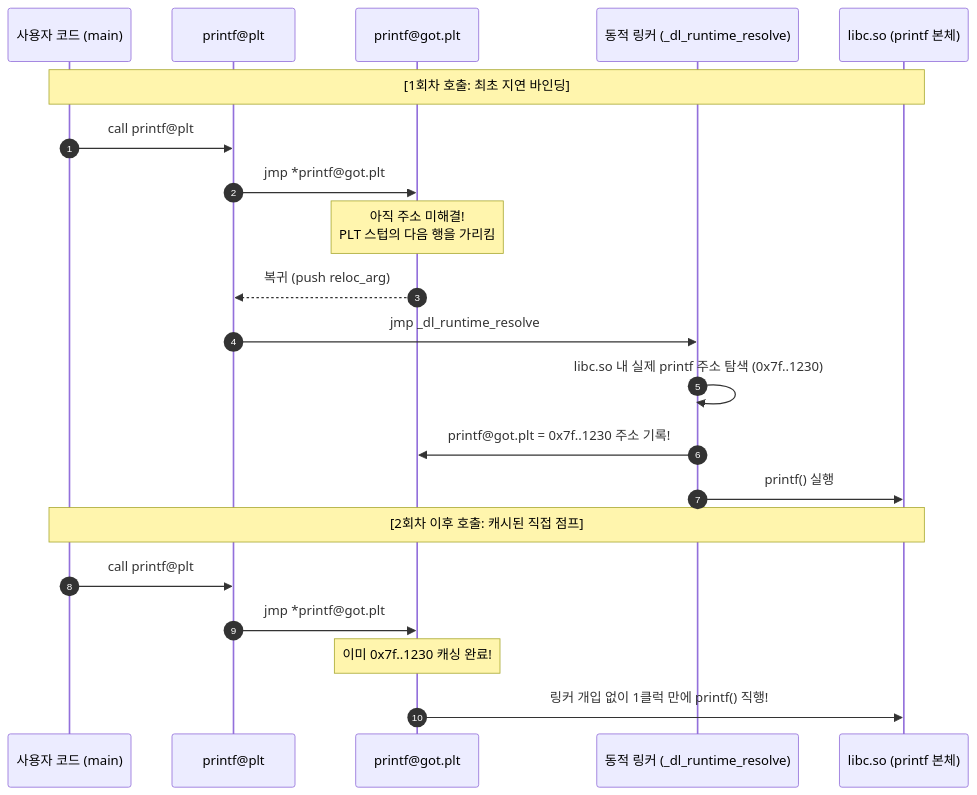
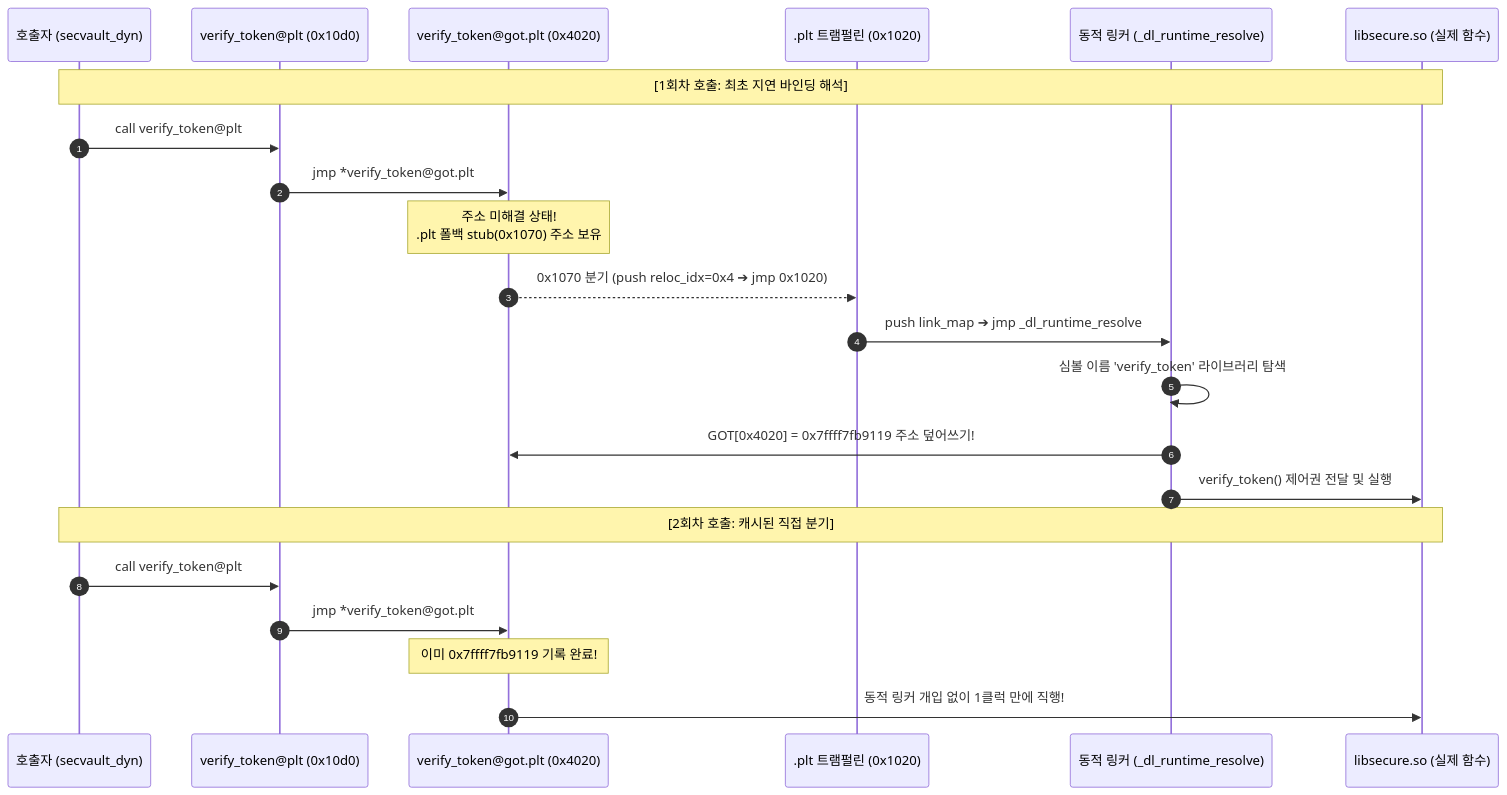
The diagram in docs/ko/principles/09-dynamic-linking-and-loading.md (auking45/linux-kernel-hardening-lab), drawn with Mermaid before and after one commit. The commit also changed other lines of this file and 44 other files, not shown here.

````diff
--- a/docs/ko/principles/09-dynamic-linking-and-loading.md
+++ b/docs/ko/principles/09-dynamic-linking-and-loading.md
@@ -40,25 +55,26 @@
 ```mermaid
 sequenceDiagram
     autonumber
-    participant App as 사용자 코드 (main)
-    participant PLT as printf@plt
-    participant GOT as printf@got.plt
+    participant App as 호출자 (secvault_dyn)
+    participant PLT_SEC as verify_token@plt (0x10d0)
+    participant GOT as verify_token@got.plt (0x4020)
+    participant PLT_0 as .plt 트램펄린 (0x1020)
     participant Linker as 동적 링커 (_dl_runtime_resolve)
-    participant Libc as libc.so (printf 본체)
+    participant Lib as libsecure.so (실제 함수)
 
-    Note over App,Libc: [1회차 호출: 최초 지연 바인딩]
-    App->>PLT: call printf@plt
-    PLT->>GOT: jmp *printf@got.plt
-    Note over GOT: 아직 주소 미해결!<br/>PLT 스텁의 다음 행을 가리킴
-    GOT-->>PLT: 복귀 (push reloc_arg)
-    PLT->>Linker: jmp _dl_runtime_resolve
-    Linker->>Linker: libc.so 내 실제 printf 주소 탐색 (0x7f..1230)
-    Linker->>GOT: printf@got.plt = 0x7f..1230 주소 기록!
-    Linker->>Libc: printf() 실행
+    Note over App,Lib: [1회차 호출: 최초 지연 바인딩 해석]
+    App->>PLT_SEC: call verify_token@plt
+    PLT_SEC->>GOT: jmp *verify_token@got.plt
+    Note over GOT: 주소 미해결 상태!<br/>.plt 폴백 stub(0x1070) 주소 보유
+    GOT-->>PLT_0: 0x1070 분기 (push reloc_idx=0x4 ➔ jmp 0x1020)
+    PLT_0->>Linker: push link_map ➔ jmp _dl_runtime_resolve
+    Linker->>Linker: 심볼 이름 'verify_token' 라이브러리 탐색
+    Linker->>GOT: GOT[0x4020] = 0x7ffff7fb9119 주소 덮어쓰기!
+    Linker->>Lib: verify_token() 제어권 전달 및 실행
 
-    Note over App,Libc: [2회차 이후 호출: 캐시된 직접 점프]
-    App->>PLT: call printf@plt
-    PLT->>GOT: jmp *printf@got.plt
-    Note over GOT: 이미 0x7f..1230 캐싱 완료!
-    GOT->>Libc: 링커 개입 없이 1클럭 만에 printf() 직행!
+    Note over App,Lib: [2회차 호출: 캐시된 직접 분기]
+    App->>PLT_SEC: call verify_token@plt
+    PLT_SEC->>GOT: jmp *verify_token@got.plt
+    Note over GOT: 이미 0x7ffff7fb9119 기록 완료!
+    GOT->>Lib: 동적 링커 개입 없이 1클럭 만에 직행!
 ```
````
